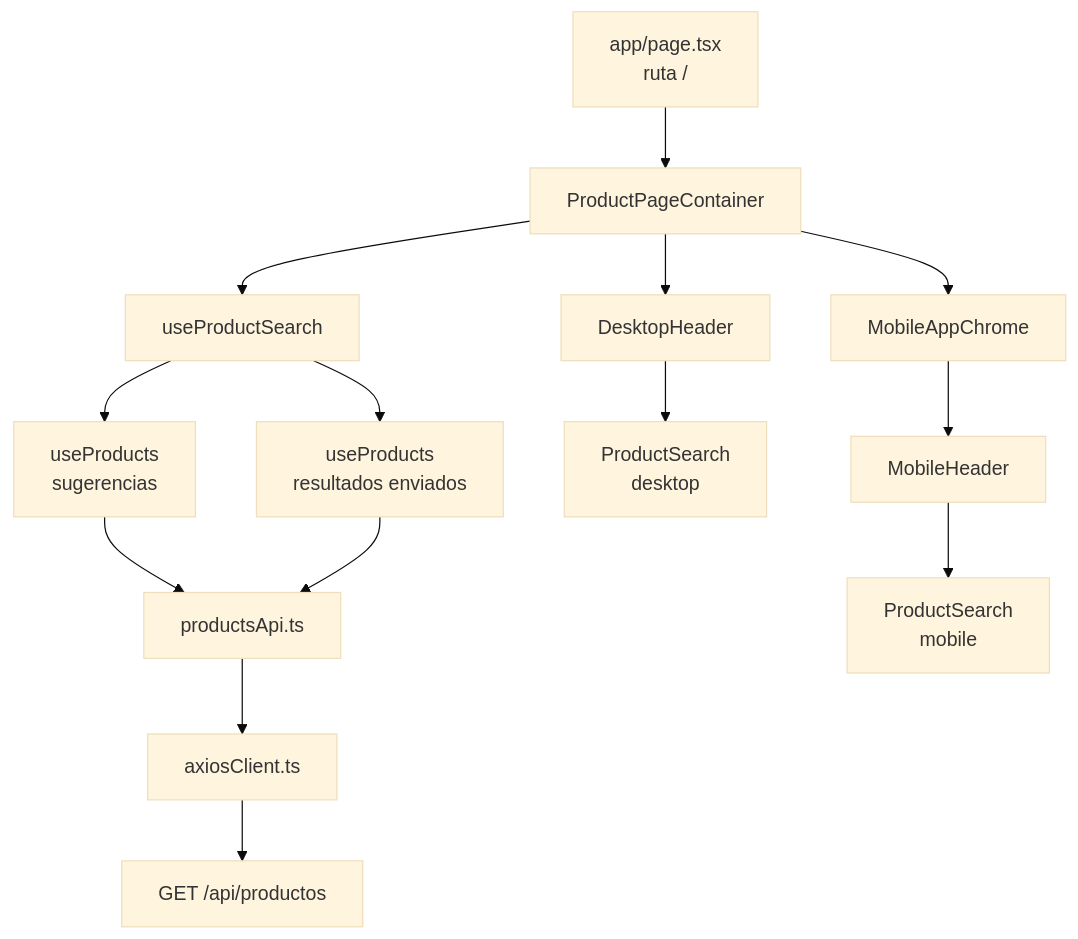
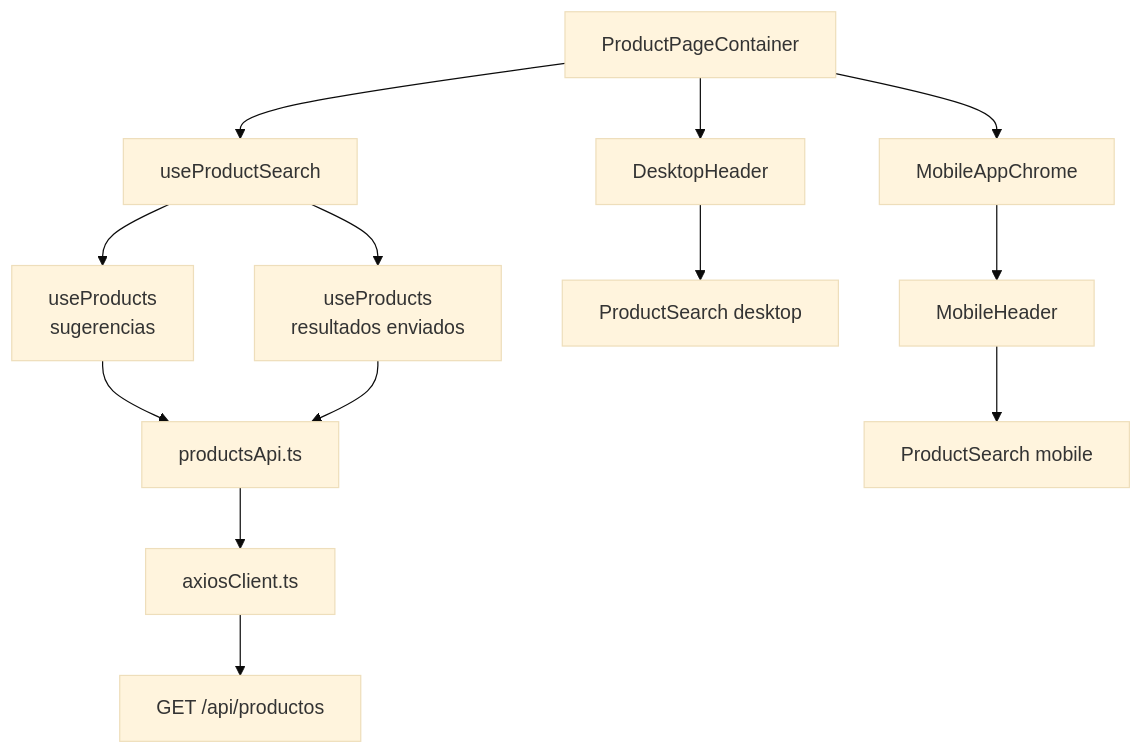
Before and after one commit to BrandonAlbertt/ecommerce-sosaimpor-frontend: the first of 4 diagrams in documentacion/GUIA_BARRA_BUSQUEDA_PRODUCTOS.md, drawn with Mermaid (base theme). The commit also changed other lines of this file and 13 other files, not shown here.

````diff
--- a/documentacion/GUIA_BARRA_BUSQUEDA_PRODUCTOS.md
+++ b/documentacion/GUIA_BARRA_BUSQUEDA_PRODUCTOS.md
@@ -7,17 +7,16 @@
 ```mermaid
 flowchart TD
-  A[app/page.tsx<br/>ruta /] --> B[ProductPageContainer]
-  B --> C[useProductSearch]
-  C --> D[useProducts<br/>sugerencias]
-  C --> E[useProducts<br/>resultados enviados]
-  D --> F[productsApi.ts]
-  E --> F
-  F --> G[axiosClient.ts]
-  G --> H[GET /api/productos]
+  A[ProductPageContainer] --> B[useProductSearch]
+  B --> C[useProducts<br/>sugerencias]
+  B --> D[useProducts<br/>resultados enviados]
+  C --> E[productsApi.ts]
+  D --> E
+  E --> F[axiosClient.ts]
+  F --> G[GET /api/productos]
 
-  B --> I[DesktopHeader]
-  B --> J[MobileAppChrome]
-  I --> K[ProductSearch<br/>desktop]
-  J --> L[MobileHeader]
-  L --> M[ProductSearch<br/>mobile]
+  A --> H[DesktopHeader]
+  A --> I[MobileAppChrome]
+  H --> J[ProductSearch desktop]
+  I --> K[MobileHeader]
+  K --> L[ProductSearch mobile]
 ```
````
